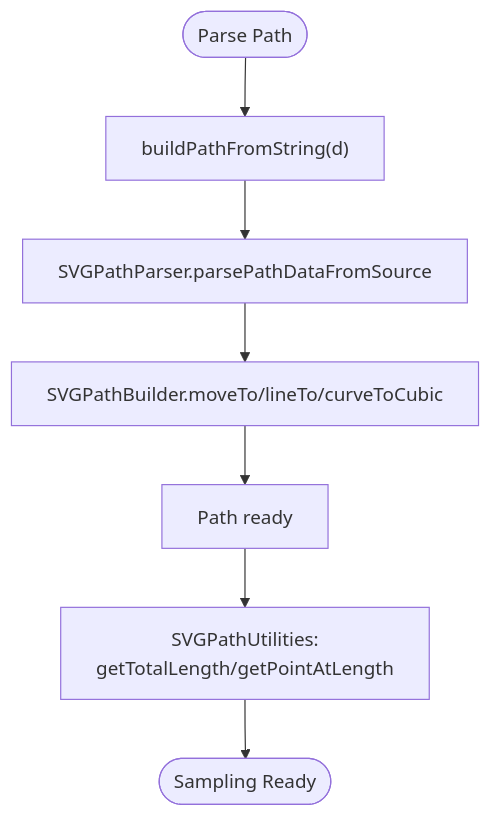
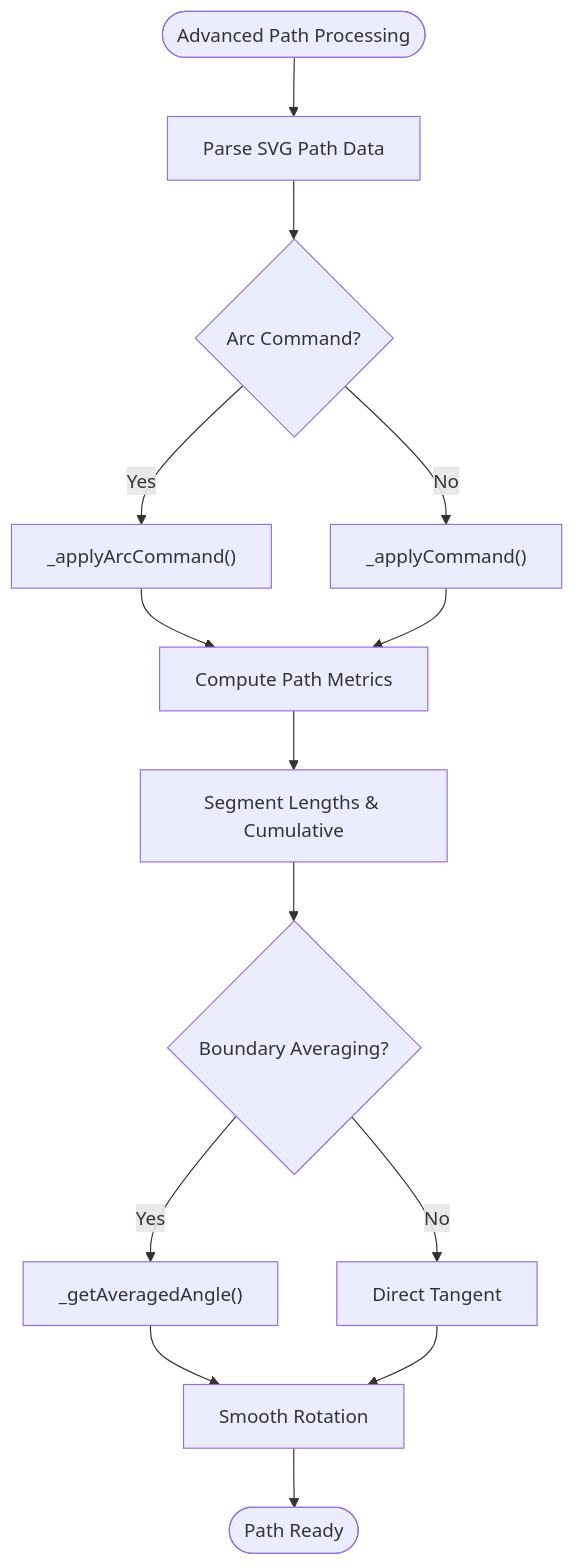
The third of 6 diagrams in .qoder/repowiki/en/content/Animated SVG Support/Advanced Animation Features/Motion Animation and Path Tracking.md (denisnadey/flutter_full_svg_support), drawn with Mermaid before and after one commit. The commit also changed other lines of this file and 31 other files, not shown here.

First line of the commit message:
feat(smil-animation): implement advanced motion animation and path tracking

````diff
--- a/.qoder/repowiki/en/content/Animated SVG Support/Advanced Animation Features/Motion Animation and Path Tracking.md
+++ b/.qoder/repowiki/en/content/Animated SVG Support/Advanced Animation Features/Motion Animation and Path Tracking.md
@@ -156,9 +184,16 @@
 ```mermaid
 flowchart TD
-Start(["Parse Path"]) --> FromString["buildPathFromString(d)"]
-FromString --> Parser["SVGPathParser.parsePathDataFromSource"]
-Parser --> Builder["SVGPathBuilder.moveTo/lineTo/curveToCubic"]
-Builder --> PathReady["Path ready"]
-PathReady --> Metrics["SVGPathUtilities:<br/>getTotalLength/getPointAtLength"]
-Metrics --> End(["Sampling Ready"])
+Start(["Advanced Path Processing"]) --> Parse["Parse SVG Path Data"]
+Parse --> ArcCheck{"Arc Command?"}
+ArcCheck --> |Yes| ArcApply["_applyArcCommand()"]
+ArcCheck --> |No| OtherCmd["_applyCommand()"]
+ArcApply --> Metrics["Compute Path Metrics"]
+OtherCmd --> Metrics
+Metrics --> Segments["Segment Lengths & Cumulative"]
+Segments --> Boundary{"Boundary Averaging?"}
+Boundary --> |Yes| Average["_getAveragedAngle()"]
+Boundary --> |No| Direct["Direct Tangent"]
+Average --> Result["Smooth Rotation"]
+Direct --> Result
+Result --> End(["Path Ready"])
 ```
````
